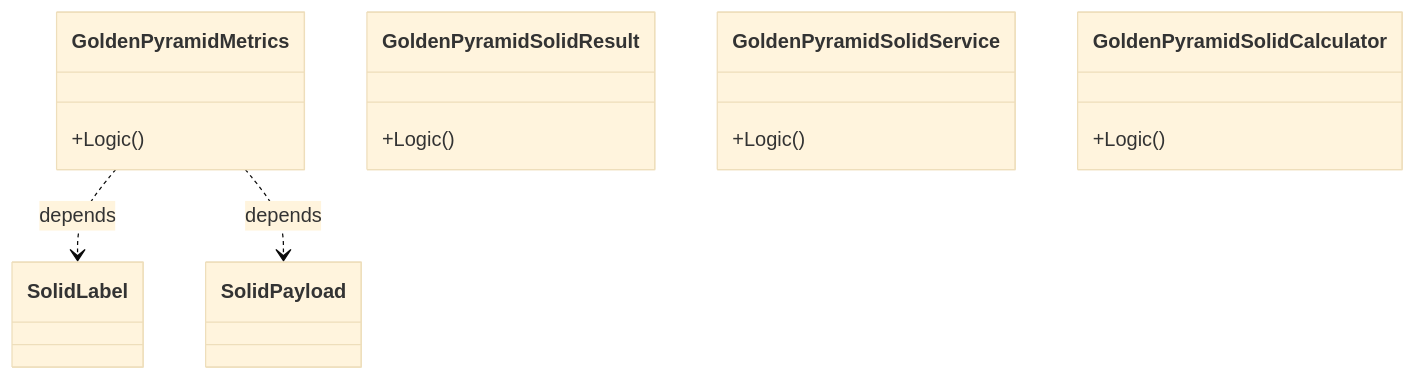
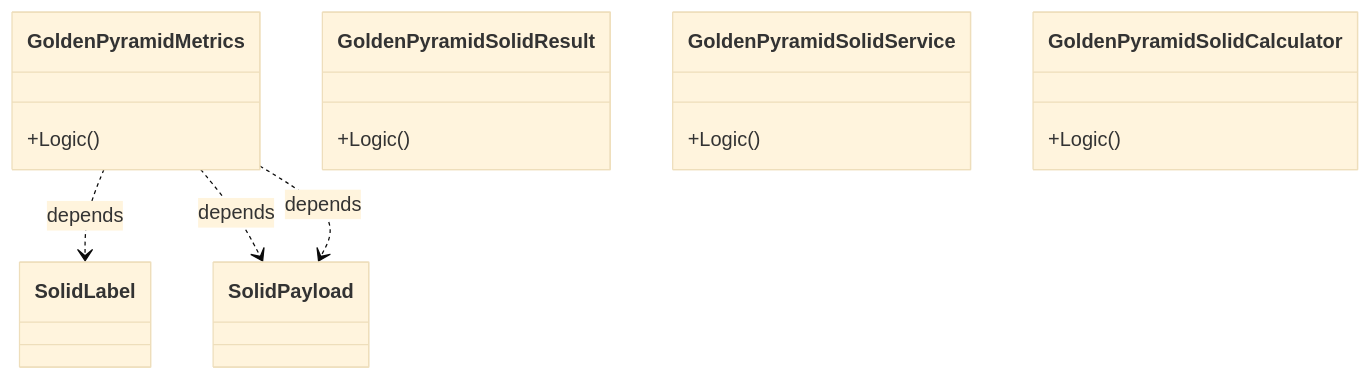
One commit to TheDaniel166/IsopGem changed diagram 34 of 60 in Docs/source_documentation.md. Above: the diagram before and after it, drawn with Mermaid (base theme). The commit also changed other lines of this file and 18 other files, not shown here.

````diff
--- a/Docs/source_documentation.md
+++ b/Docs/source_documentation.md
@@ -2256,17 +2427,18 @@
 ```mermaid
 classDiagram
     class GoldenPyramidMetrics {
         +Logic()
     }
     class GoldenPyramidSolidResult {
         +Logic()
     }
     class GoldenPyramidSolidService {
         +Logic()
     }
     class GoldenPyramidSolidCalculator {
         +Logic()
     }
     GoldenPyramidMetrics ..> SolidLabel : depends
     GoldenPyramidMetrics ..> SolidPayload : depends
+    GoldenPyramidMetrics ..> SolidPayload : depends
 ```
````
